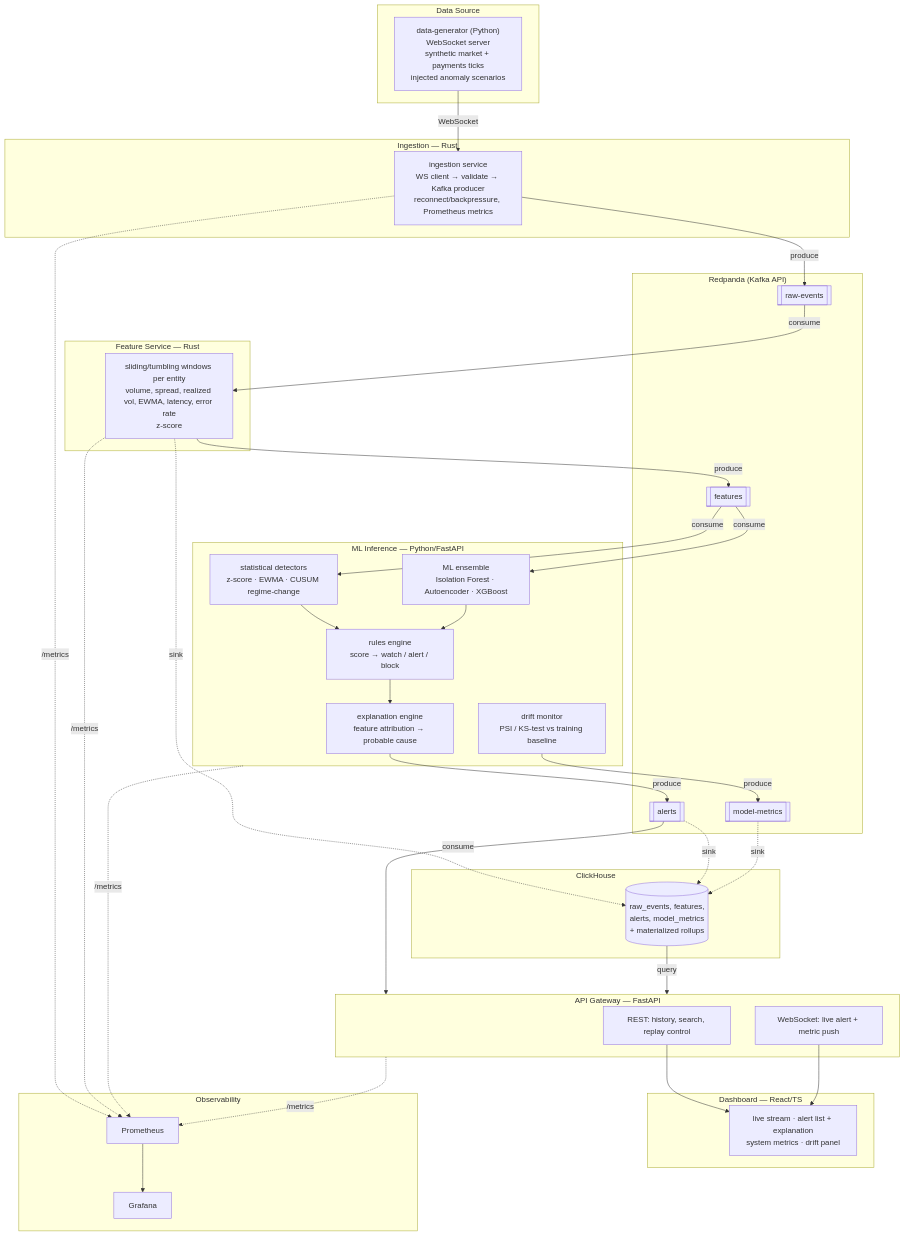
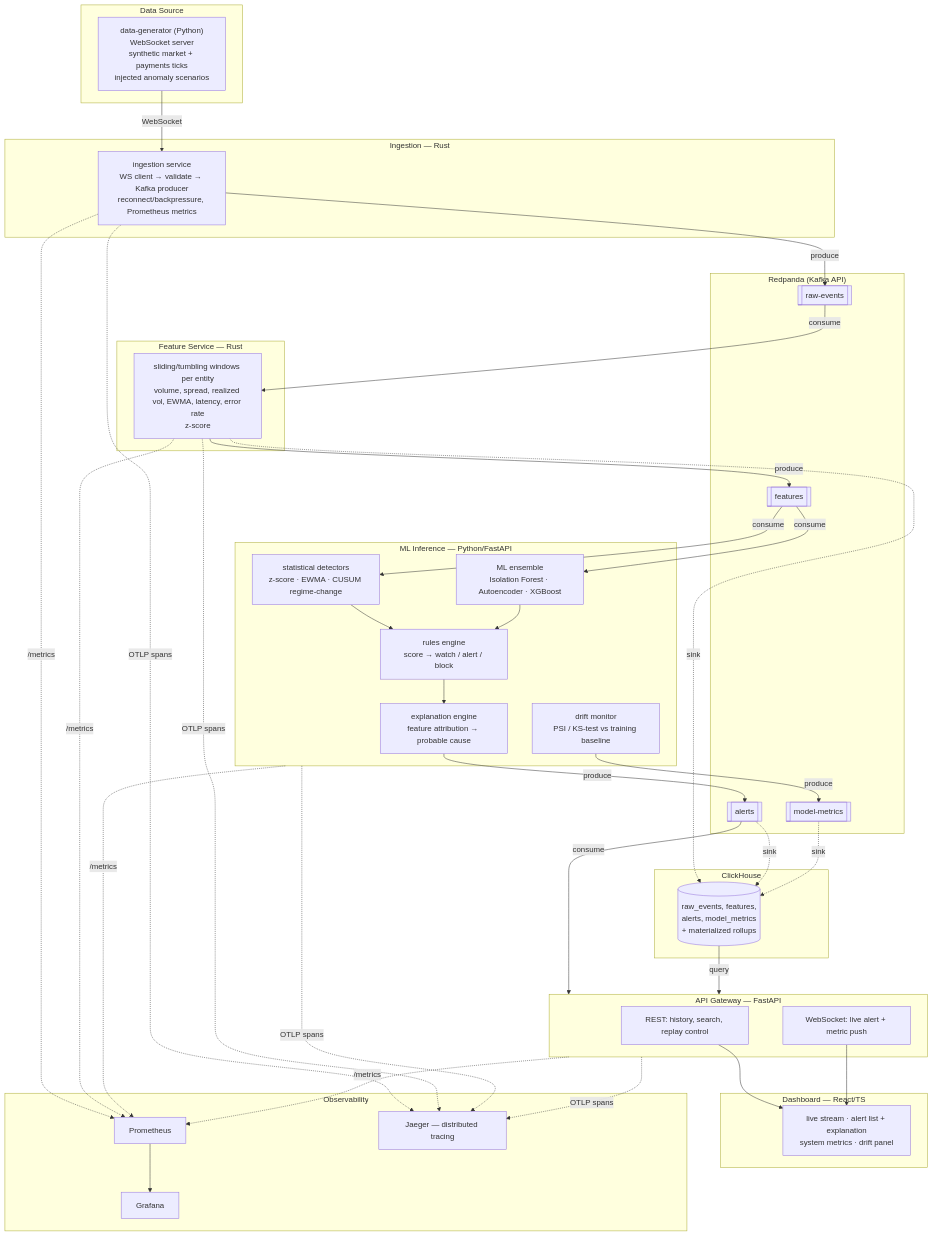
The diagram in ARCHITECTURE.md (sfeirc/Real-time-risk-anomaly-intelligence-platform), drawn with Mermaid before and after one commit. The commit also changed other lines of this file and 28 other files, not shown here.

````diff
--- a/ARCHITECTURE.md
+++ b/ARCHITECTURE.md
@@ -18,66 +18,68 @@
 ```mermaid
 flowchart TB
     subgraph Source["Data Source"]
         DG["data-generator (Python)<br/>WebSocket server<br/>synthetic market + payments ticks<br/>injected anomaly scenarios"]
     end
 
     subgraph Ingest["Ingestion — Rust"]
         ING["ingestion service<br/>WS client → validate → Kafka producer<br/>reconnect/backpressure, Prometheus metrics"]
     end
 
     subgraph Stream["Redpanda (Kafka API)"]
         T1[["raw-events"]]
         T2[["features"]]
         T3[["alerts"]]
         T4[["model-metrics"]]
     end
 
     subgraph Feat["Feature Service — Rust"]
         FS["sliding/tumbling windows per entity<br/>volume, spread, realized vol, EWMA, latency, error rate<br/>z-score"]
     end
 
     subgraph Store["ClickHouse"]
         CH[("raw_events, features,<br/>alerts, model_metrics<br/>+ materialized rollups")]
     end
 
     subgraph ML["ML Inference — Python/FastAPI"]
         DET["statistical detectors<br/>z-score · EWMA · CUSUM regime-change"]
         MOD["ML ensemble<br/>Isolation Forest · Autoencoder · XGBoost"]
         EXP["explanation engine<br/>feature attribution → probable cause"]
         DRIFT["drift monitor<br/>PSI / KS-test vs training baseline"]
         RULES["rules engine<br/>score → watch / alert / block"]
     end
 
     subgraph API["API Gateway — FastAPI"]
         REST["REST: history, search, replay control"]
         WS["WebSocket: live alert + metric push"]
     end
 
     subgraph UI["Dashboard — React/TS"]
         DASH["live stream · alert list + explanation<br/>system metrics · drift panel"]
     end
 
     subgraph Obs["Observability"]
         PROM["Prometheus"]
         GRAF["Grafana"]
+        JAEGER["Jaeger — distributed tracing"]
     end
 
     DG -- WebSocket --> ING
     ING -- produce --> T1
     T1 -- consume --> FS
     FS -- produce --> T2
     FS -. sink .-> CH
     T2 -- consume --> DET & MOD
     DET --> RULES
     MOD --> RULES
     RULES --> EXP
     EXP -- produce --> T3
     DRIFT -- produce --> T4
     T3 -. sink .-> CH
     T4 -. sink .-> CH
     T3 -- consume --> API
     CH -- query --> API
     REST & WS --> DASH
     ING & FS & ML & API -. /metrics .-> PROM
     PROM --> GRAF
+    ING & FS & ML & API -. OTLP spans .-> JAEGER
 ```
````
